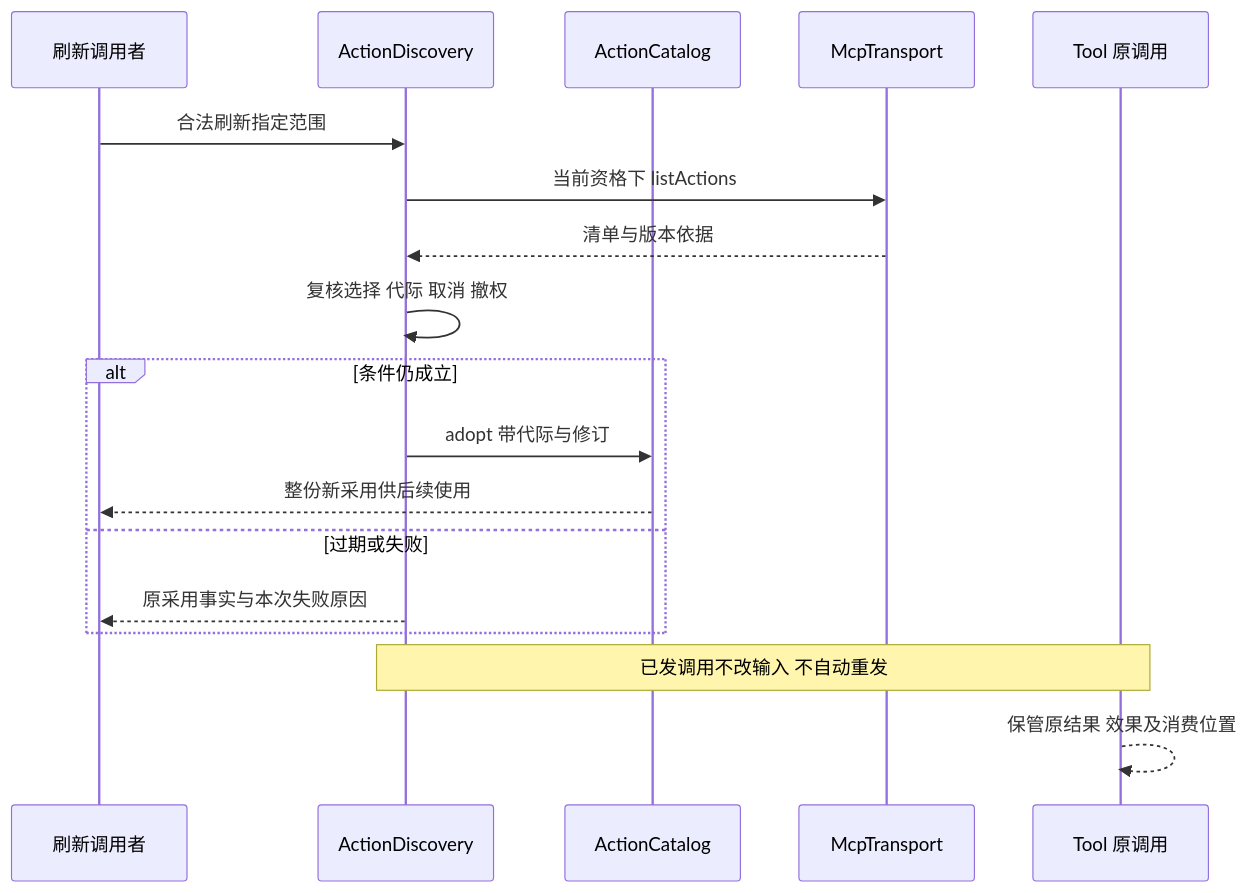
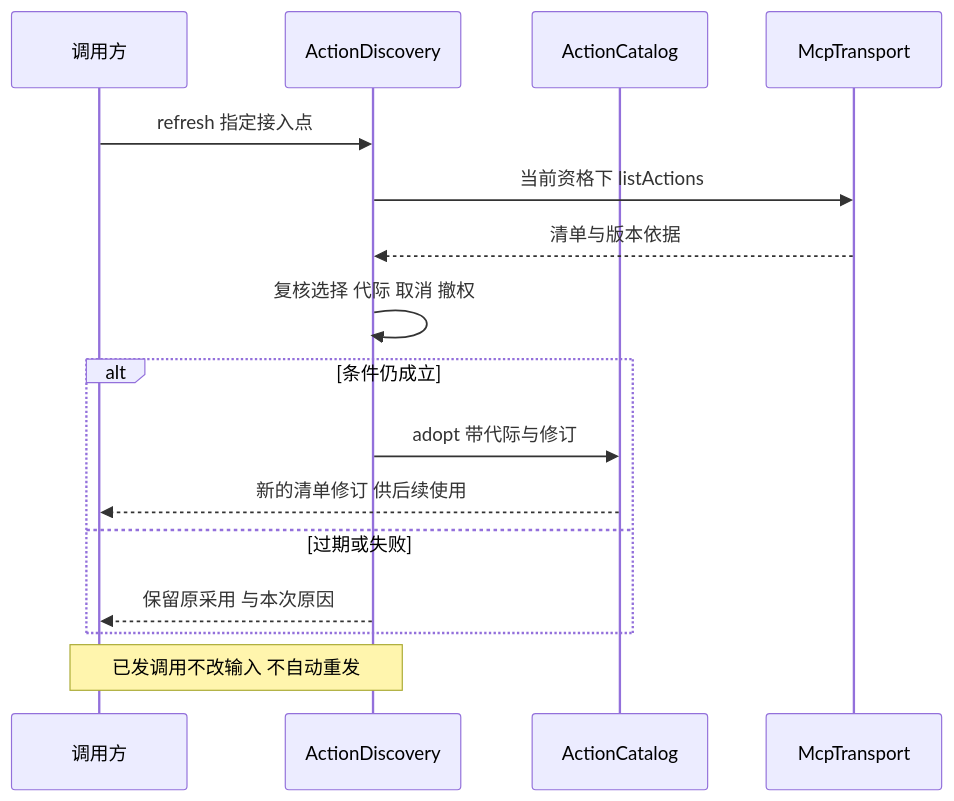
The second of 3 diagrams in packages/mcp/docs/key-flows.md (nemori-ai/omne-harness-lite), drawn with Mermaid before and after one commit. The commit also changed other lines of this file and 5 other files, not shown here.

````diff
--- a/packages/mcp/docs/key-flows.md
+++ b/packages/mcp/docs/key-flows.md
@@ -57,20 +61,18 @@
 ```mermaid
 sequenceDiagram
-    participant C as 刷新调用者
+    participant C as 调用方
     participant A as ActionDiscovery
     participant K as ActionCatalog
     participant P as McpTransport
-    participant T as Tool 原调用
-    C->>A: 合法刷新指定范围
+    C->>A: refresh 指定接入点
     A->>P: 当前资格下 listActions
     P-->>A: 清单与版本依据
     A->>A: 复核选择 代际 取消 撤权
     alt 条件仍成立
         A->>K: adopt 带代际与修订
-        K-->>C: 整份新采用供后续使用
+        K-->>C: 新的清单修订 供后续使用
     else 过期或失败
-        A-->>C: 原采用事实与本次失败原因
+        A-->>C: 保留原采用 与本次原因
     end
-    Note over A,T: 已发调用不改输入 不自动重发
-    T-->>T: 保管原结果 效果及消费位置
+    Note over A,C: 已发调用不改输入 不自动重发
 ```
````
